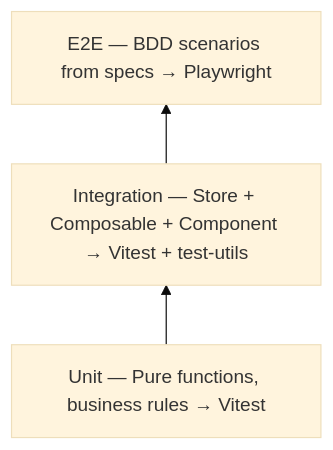
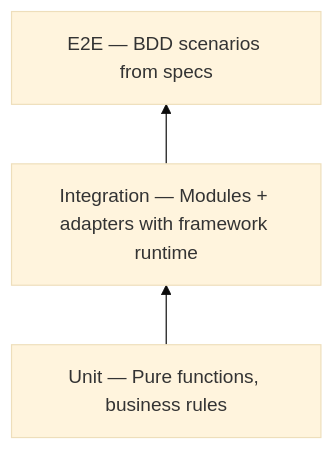
The diagram in skills/spec-dev/references/testing-strategy.md (moeyua/skills), drawn with Mermaid (base theme) before and after one commit. The commit also changed other lines of this file and 8 other files, not shown here.

````diff
--- a/skills/spec-dev/references/testing-strategy.md
+++ b/skills/spec-dev/references/testing-strategy.md
@@ -10,4 +12,4 @@
 ```mermaid
 graph BT
-    Unit["Unit — Pure functions, business rules → Vitest"] --> Integration["Integration — Store + Composable + Component → Vitest + test-utils"] --> E2E["E2E — BDD scenarios from specs → Playwright"]
+    Unit["Unit — Pure functions, business rules"] --> Integration["Integration — Modules + adapters with framework runtime"] --> E2E["E2E — BDD scenarios from specs"]
 ```
````
